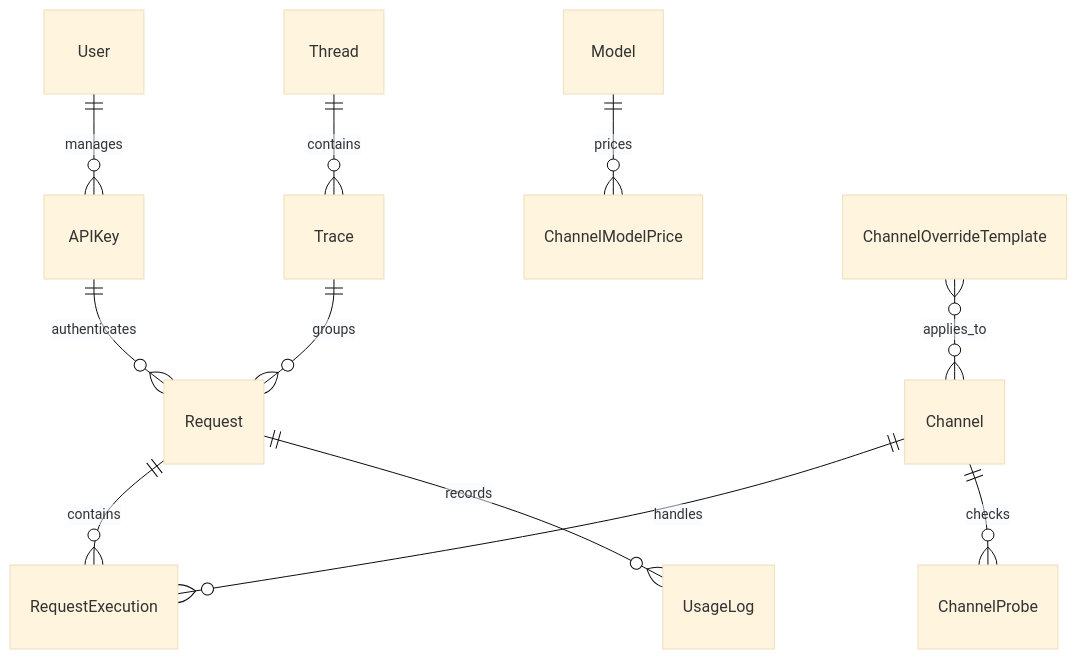
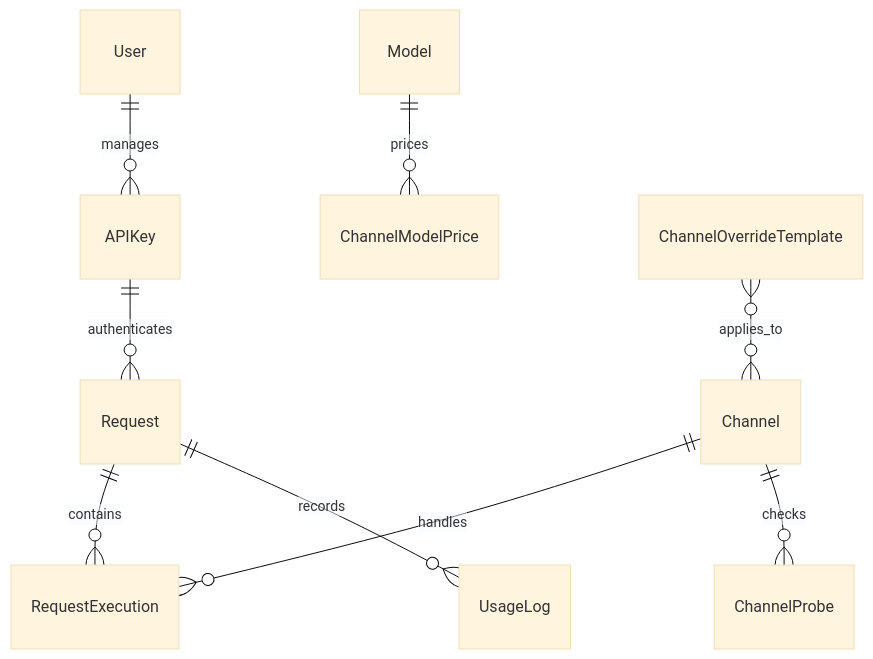
The diagram in docs/en/development/erd.md (Akuma-real/axonhub-lite), drawn with Mermaid (base theme) before and after one commit. The commit also changed other lines of this file and 240 other files, not shown here.

Commit message:
refactor: remove trace and thread features

````diff
--- a/docs/en/development/erd.md
+++ b/docs/en/development/erd.md
@@ -7,13 +7,11 @@
 ```mermaid
 erDiagram
     User ||--o{ APIKey : manages
     APIKey ||--o{ Request : authenticates
     Channel ||--o{ RequestExecution : handles
     Request ||--o{ RequestExecution : contains
     Request ||--o{ UsageLog : records
-    Trace ||--o{ Request : groups
-    Thread ||--o{ Trace : contains
     Model ||--o{ ChannelModelPrice : prices
     Channel ||--o{ ChannelProbe : checks
     ChannelOverrideTemplate }o--o{ Channel : applies_to
 ```
````
